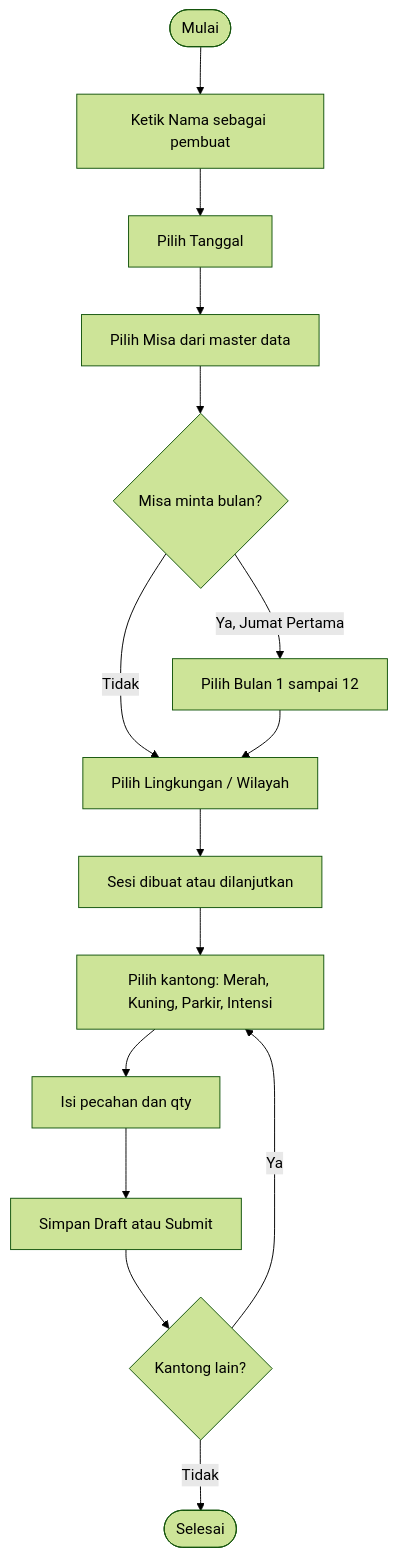
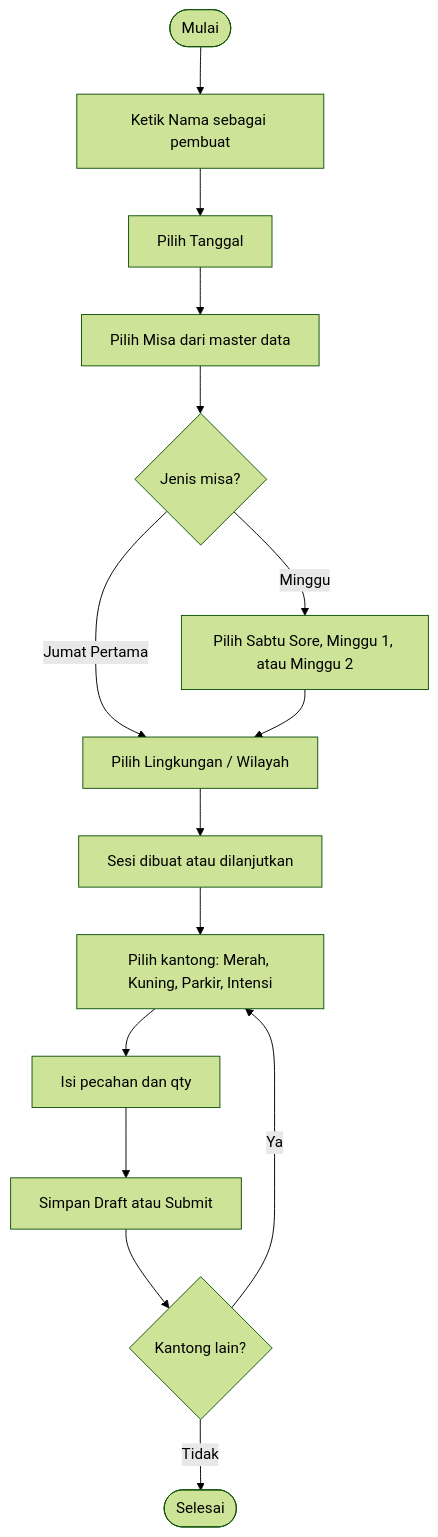
The second of 12 diagrams in docs/PRD_Sistem_Kolekte.md (vicaanne2014/kolekte.ygp), drawn with Mermaid (forest theme) before and after one commit. The commit also changed other lines of this file and 18 other files, not shown here.

First line of the commit message:
Master Misa berjenis Minggu/Jumat Pertama, rekap per kantong, seeder admin

````diff
--- a/docs/PRD_Sistem_Kolekte.md
+++ b/docs/PRD_Sistem_Kolekte.md
@@ -139,17 +145,17 @@
 ```mermaid
 flowchart TD
     A([Mulai]) --> B["Ketik Nama sebagai pembuat"]
     B --> C["Pilih Tanggal"]
     C --> D["Pilih Misa dari master data"]
-    D --> E{"Misa minta bulan?"}
-    E -->|"Ya, Jumat Pertama"| F["Pilih Bulan 1 sampai 12"]
-    E -->|Tidak| G
+    D --> E{"Jenis misa?"}
+    E -->|Minggu| F["Pilih Sabtu Sore, Minggu 1, atau Minggu 2"]
+    E -->|"Jumat Pertama"| G
     F --> G["Pilih Lingkungan / Wilayah"]
     G --> H["Sesi dibuat atau dilanjutkan"]
     H --> I["Pilih kantong: Merah, Kuning, Parkir, Intensi"]
     I --> J["Isi pecahan dan qty"]
     J --> K["Simpan Draft atau Submit"]
     K --> L{"Kantong lain?"}
     L -->|Ya| I
     L -->|Tidak| M([Selesai])
 ```
````
